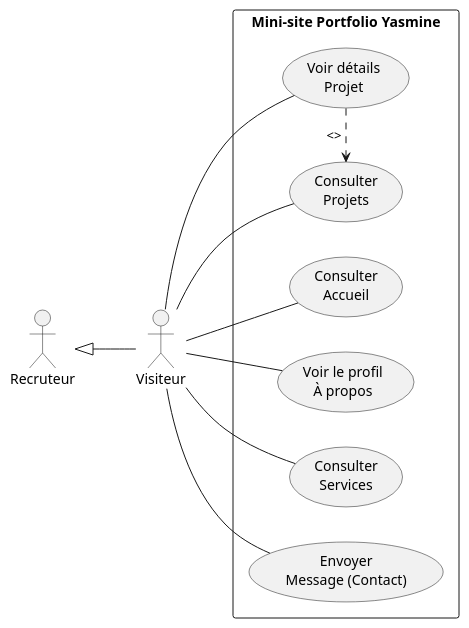
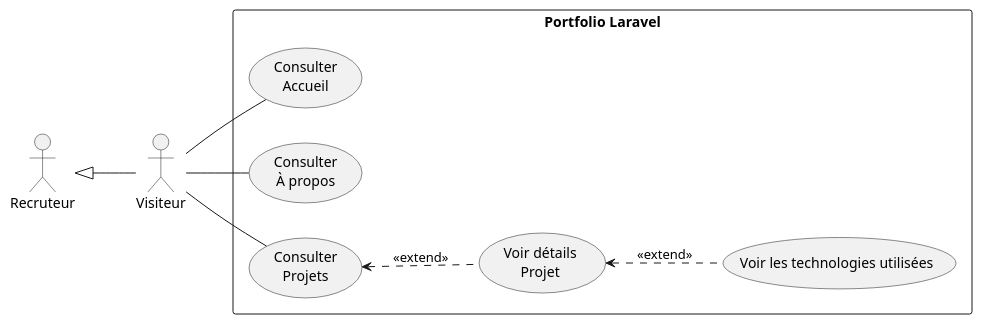
One commit to fadhub/Analyse changed the diagram in analyse/diagrame.puml. Above: the diagram before and after it, drawn with PlantUML.

Commit message:
Mise à jour du diagramme d'analyse (diagrame.puml)

```diff
--- a/analyse/diagrame.puml
+++ b/analyse/diagrame.puml
@@ -1,27 +1,24 @@
 @startuml
 left to right direction
 skinparam packageStyle rectangle
 
 actor "Visiteur" as Visitor
 actor "Recruteur" as Recruiter
 Recruiter <|-- Visitor
 
-rectangle "Mini-site Portfolio Yasmine" {
+package "Portfolio Laravel" {
   usecase "Consulter\nAccueil" as UC_Home
-  usecase "Voir le profil\nÀ propos" as UC_About
+  usecase "Consulter\nÀ propos" as UC_About
   usecase "Consulter\nProjets" as UC_Projects
   usecase "Voir détails\nProjet" as UC_ProjectDetails
-  usecase "Consulter\nServices" as UC_Services
-  usecase "Envoyer\nMessage (Contact)" as UC_Contact
+  usecase "Voir les technologies utilisées" as UC_TechnologiesProjects
 }
 
 Visitor -- UC_Home
 Visitor -- UC_About
 Visitor -- UC_Projects
-Visitor -- UC_ProjectDetails
-Visitor -- UC_Services
-Visitor -- UC_Contact
 
-' Optionnel : relations de dépendance/extension
-UC_ProjectDetails .> UC_Projects : <>
+' Optional: relationships
+UC_Projects <.- UC_ProjectDetails : <<extend>>
+UC_ProjectDetails <.- UC_TechnologiesProjects : <<extend>>
 @enduml
```
